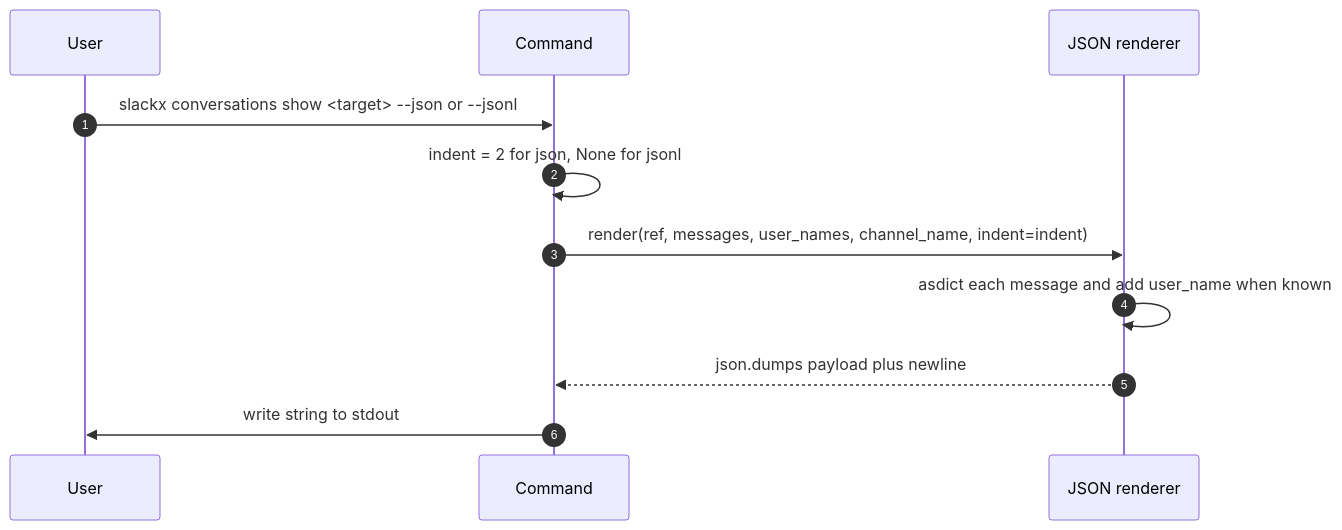
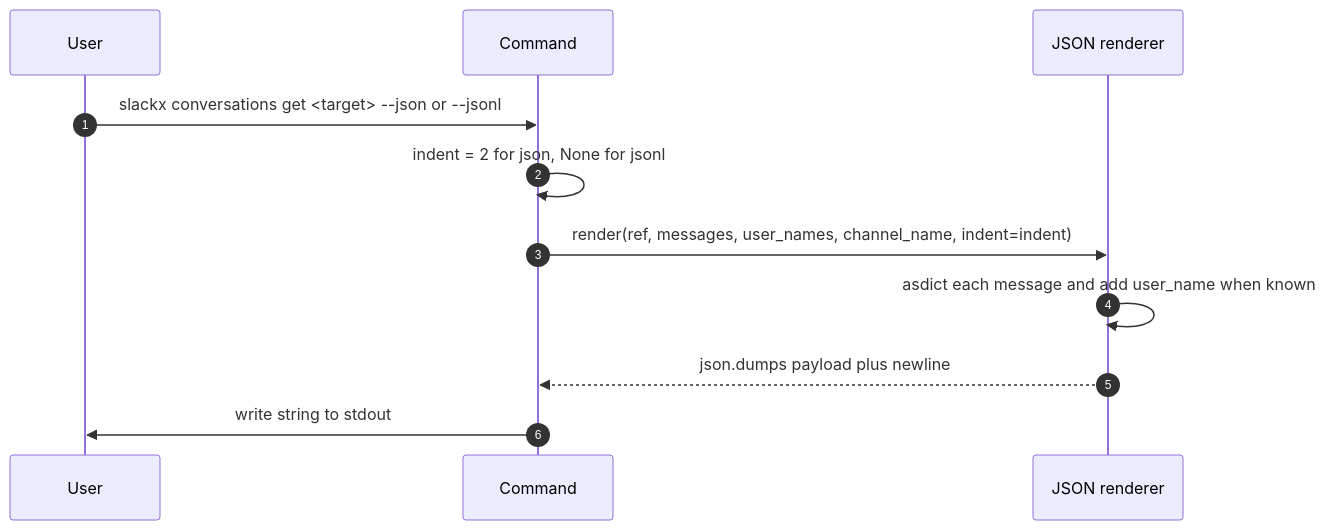
One commit to TomzxCode/slackx changed the third of 4 diagrams in .sdlc/features/p6-message-rendering/specification.md. Above: the diagram before and after it, drawn with Mermaid. The commit also changed other lines of this file and 25 other files, not shown here.

First line of the commit message:
docs: document get commands and show aliases

````diff
--- a/.sdlc/features/p6-message-rendering/specification.md
+++ b/.sdlc/features/p6-message-rendering/specification.md
@@ -131,13 +131,13 @@
 ```mermaid
 sequenceDiagram
     autonumber
     participant U as User
     participant CMD as Command
     participant R as JSON renderer
-    U->>CMD: slackx conversations show <target> --json or --jsonl
+    U->>CMD: slackx conversations get <target> --json or --jsonl
     CMD->>CMD: indent = 2 for json, None for jsonl
     CMD->>R: render(ref, messages, user_names, channel_name, indent=indent)
     R->>R: asdict each message and add user_name when known
     R-->>CMD: json.dumps payload plus newline
     CMD->>U: write string to stdout
 ```
````
